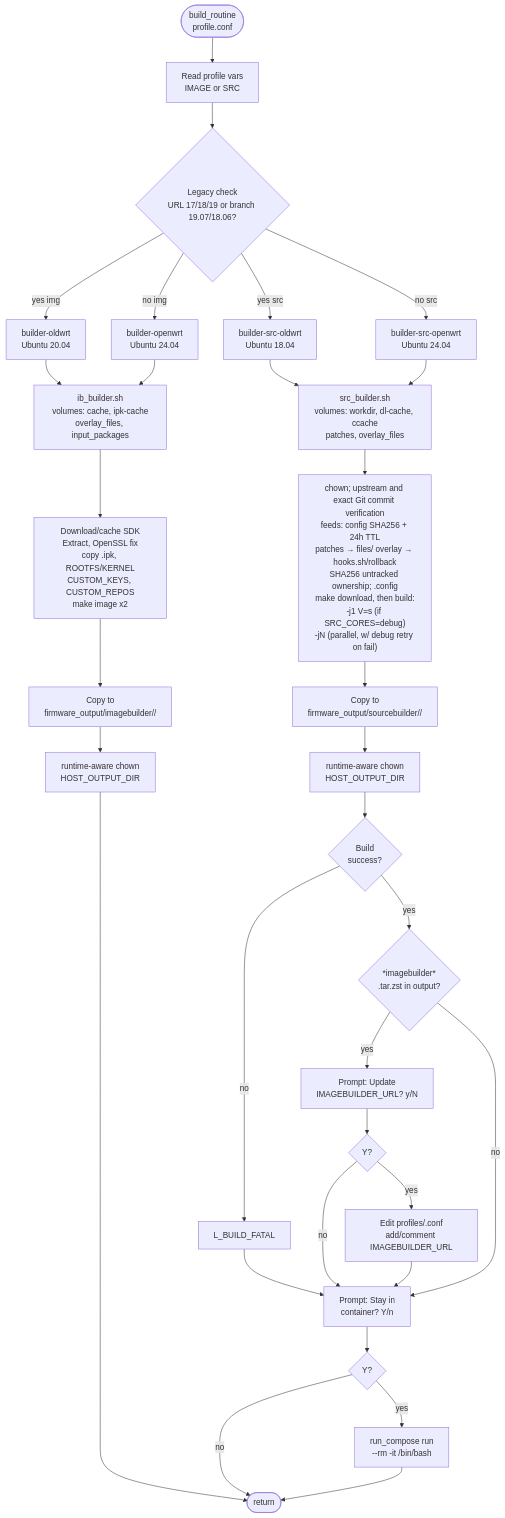
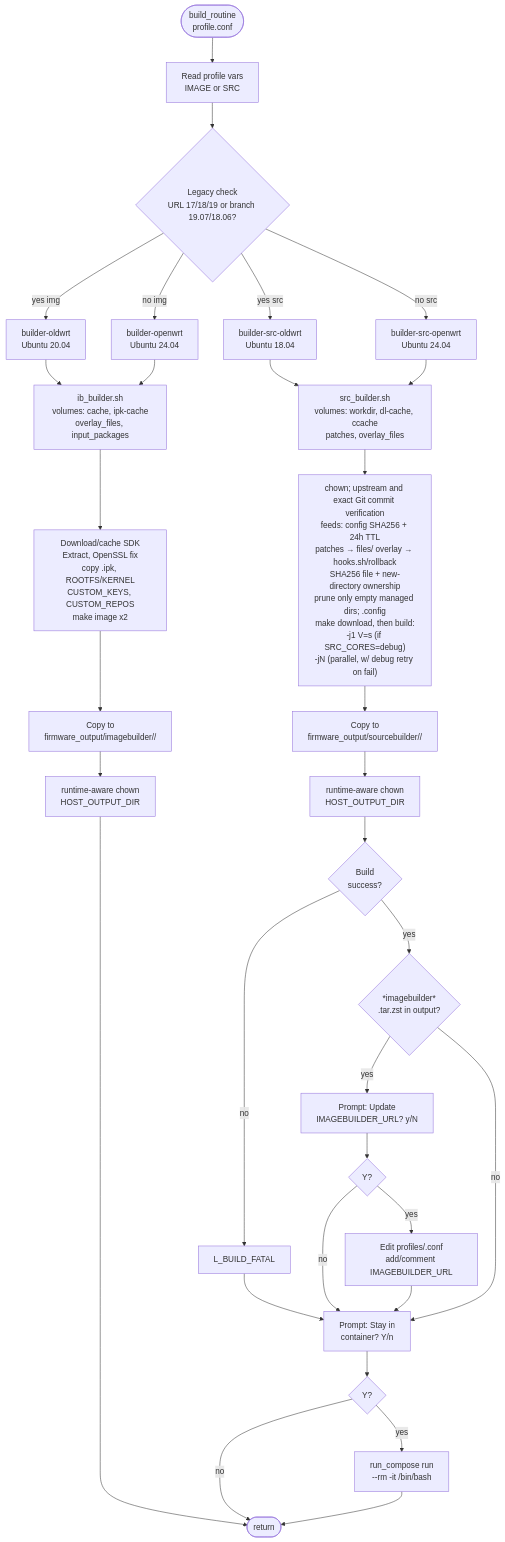
The sixth of 8 diagrams in docs/ARCHITECTURE_diagram_en.md (iqubik/routerFW), drawn with Mermaid before and after one commit. The commit also changed other lines of this file and 7 other files, not shown here.

````diff
--- a/docs/ARCHITECTURE_diagram_en.md
+++ b/docs/ARCHITECTURE_diagram_en.md
@@ -220,36 +220,36 @@
 ```mermaid
 flowchart TD
     BR([build_routine\nprofile.conf])
     BR --> READ_PROFILE["Read profile vars\nIMAGE or SRC"]
     READ_PROFILE --> LEGACY{"Legacy check\nURL 17/18/19 or branch 19.07/18.06?"}
     LEGACY --> |yes img| OLD_IMG["builder-oldwrt\nUbuntu 20.04"]
     LEGACY --> |no img| NEW_IMG["builder-openwrt\nUbuntu 24.04"]
     LEGACY --> |yes src| OLD_SRC["builder-src-oldwrt\nUbuntu 18.04"]
     LEGACY --> |no src| NEW_SRC["builder-src-openwrt\nUbuntu 24.04"]
 
     OLD_IMG & NEW_IMG --> IB["ib_builder.sh\nvolumes: cache, ipk-cache\noverlay_files, input_packages"]
     IB --> IB_STEPS["Download/cache SDK\nExtract, OpenSSL fix\ncopy .ipk, ROOTFS/KERNEL\nCUSTOM_KEYS, CUSTOM_REPOS\nmake image x2"]
     IB_STEPS --> IB_OUT["Copy to\nfirmware_output/imagebuilder/<id>/<ts>"]
     IB_OUT --> IB_CHOWN["runtime-aware chown\nHOST_OUTPUT_DIR"]
     IB_CHOWN --> BR_END([return])
 
     OLD_SRC & NEW_SRC --> SB["src_builder.sh\nvolumes: workdir, dl-cache, ccache\npatches, overlay_files"]
     SB --> SB_STEPS["chown; upstream and exact Git commit verification\nfeeds: config SHA256 + 24h TTL\npatches → files/ overlay → hooks.sh/rollback
-SHA256 untracked ownership; .config\nmake download, then build:\n-j1 V=s (if SRC_CORES=debug)\n-jN (parallel, w/ debug retry on fail)"]
+SHA256 file + new-directory ownership\nprune only empty managed dirs; .config\nmake download, then build:\n-j1 V=s (if SRC_CORES=debug)\n-jN (parallel, w/ debug retry on fail)"]
     SB_STEPS --> SB_OUT["Copy to\nfirmware_output/sourcebuilder/<id>/<ts>"]
     SB_OUT --> SB_CHOWN["runtime-aware chown\nHOST_OUTPUT_DIR"]
     SB_CHOWN --> SB_OK{"Build\nsuccess?"}
     SB_OK --> |no| SB_FATAL["L_BUILD_FATAL"]
     SB_FATAL --> SB_SHELL_Q2
     SB_OK --> |yes| IB_TAR{"*imagebuilder*\n.tar.zst in output?"}
     IB_TAR --> |yes| SB_Q1["Prompt: Update\nIMAGEBUILDER_URL? y/N"]
     SB_Q1 --> SB_UPDATE{"Y?"}
     SB_UPDATE --> |yes| SB_WRITE["Edit profiles/<id>.conf\nadd/comment IMAGEBUILDER_URL"]
     SB_UPDATE --> |no| SB_SHELL_Q2
     SB_WRITE --> SB_SHELL_Q2["Prompt: Stay in\ncontainer? Y/n"]
     IB_TAR --> |no| SB_SHELL_Q2
     SB_SHELL_Q2 --> SB_STAY{"Y?"}
     SB_STAY --> |yes| SB_RUN["run_compose run\n--rm -it /bin/bash"]
     SB_STAY --> |no| BR_END
     SB_RUN --> BR_END
 ```
````
